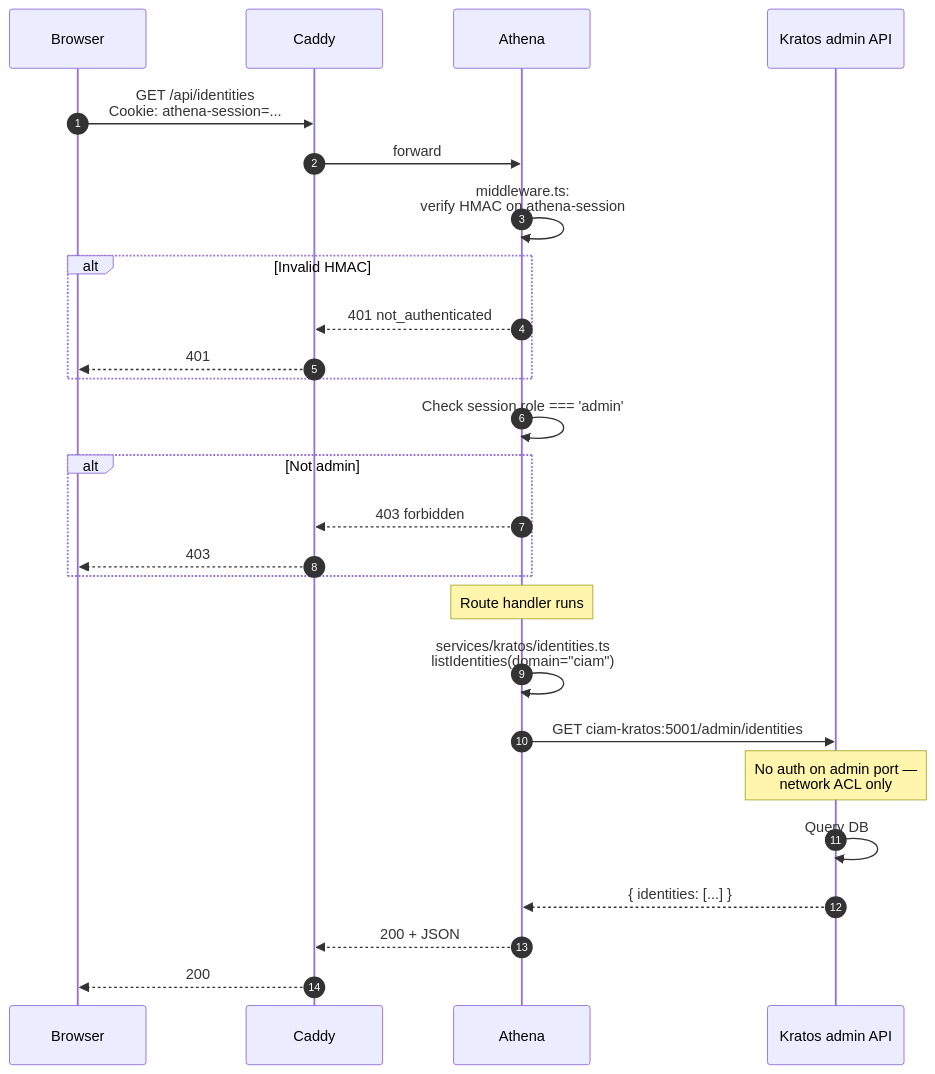
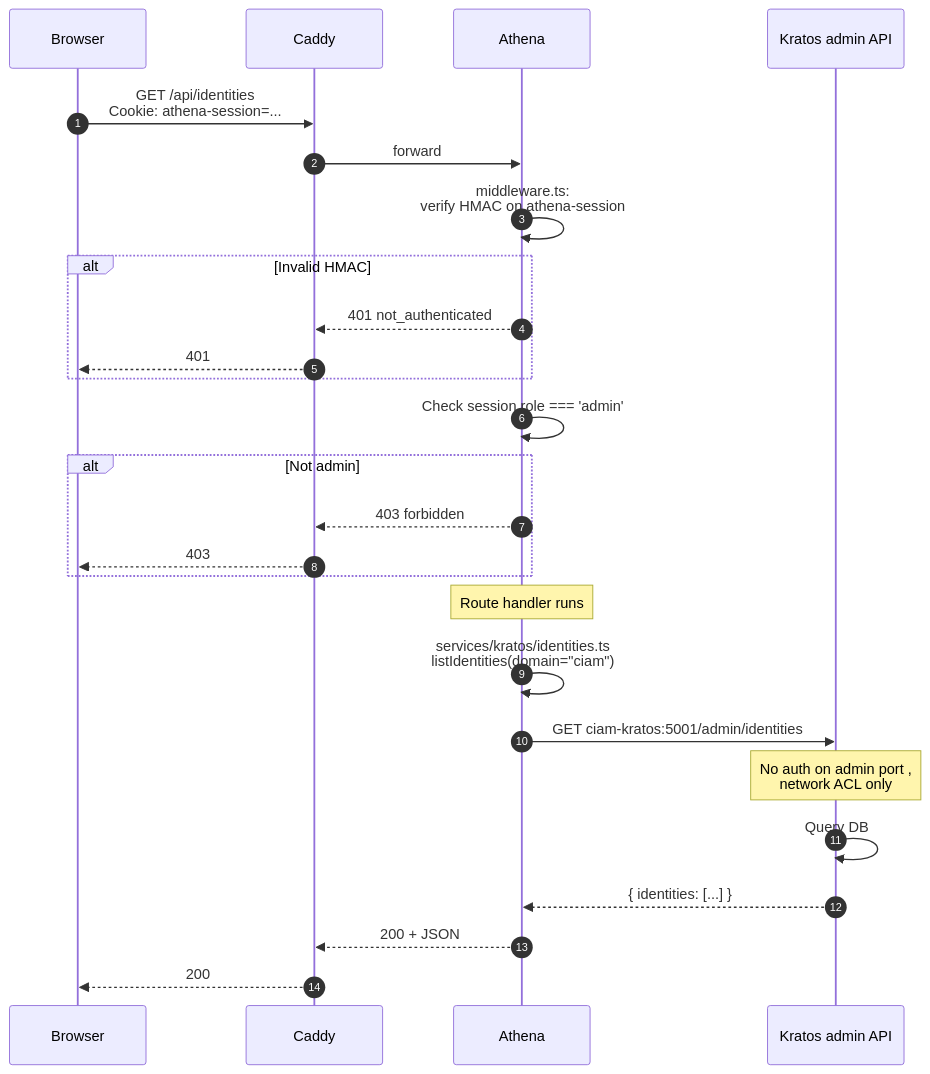
The diagram in content/docs/reference/diagrams/seq-athena-to-kratos-admin.mdx (OlympusOSS/site), drawn with Mermaid before and after one commit. The commit also changed other lines of this file and 1515 other files, not shown here.

````diff
--- a/content/docs/reference/diagrams/seq-athena-to-kratos-admin.mdx
+++ b/content/docs/reference/diagrams/seq-athena-to-kratos-admin.mdx
@@ -6,30 +6,30 @@
 ```mermaid
 sequenceDiagram
     autonumber
     participant Browser
     participant Caddy
     participant Athena
     participant Kratos as Kratos admin API
 
     Browser->>Caddy: GET /api/identities<br/>Cookie: athena-session=...
     Caddy->>Athena: forward
     Athena->>Athena: middleware.ts:<br/>verify HMAC on athena-session
     alt Invalid HMAC
         Athena-->>Caddy: 401 not_authenticated
         Caddy-->>Browser: 401
     end
     Athena->>Athena: Check session.role === 'admin'
     alt Not admin
         Athena-->>Caddy: 403 forbidden
         Caddy-->>Browser: 403
     end
 
     Note over Athena: Route handler runs
     Athena->>Athena: services/kratos/identities.ts<br/>listIdentities(domain="ciam")
     Athena->>Kratos: GET ciam-kratos:5001/admin/identities
-    Note over Kratos: No auth on admin port —<br/>network ACL only
+    Note over Kratos: No auth on admin port , <br/>network ACL only
     Kratos->>Kratos: Query DB
     Kratos-->>Athena: { identities: [...] }
     Athena-->>Caddy: 200 + JSON
     Caddy-->>Browser: 200
 ```
````
